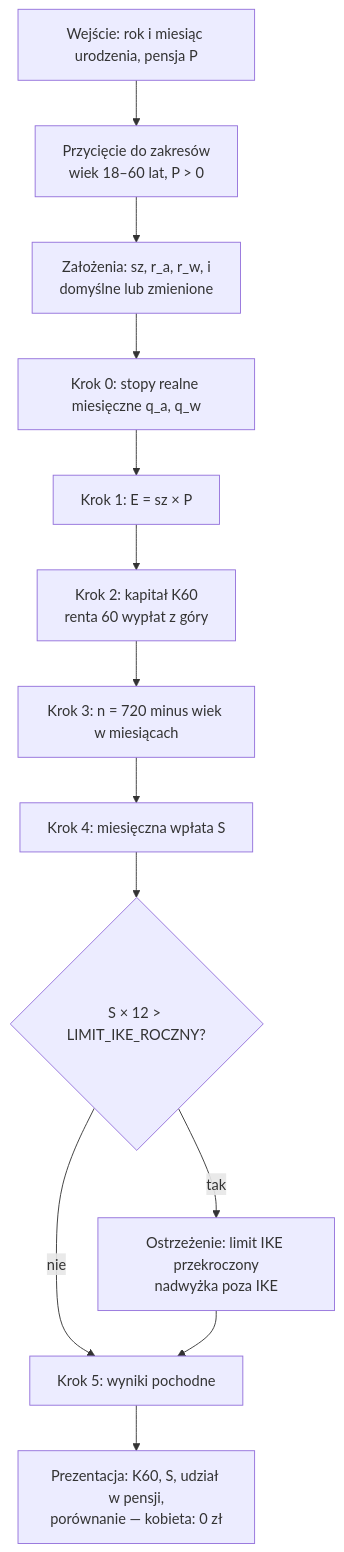
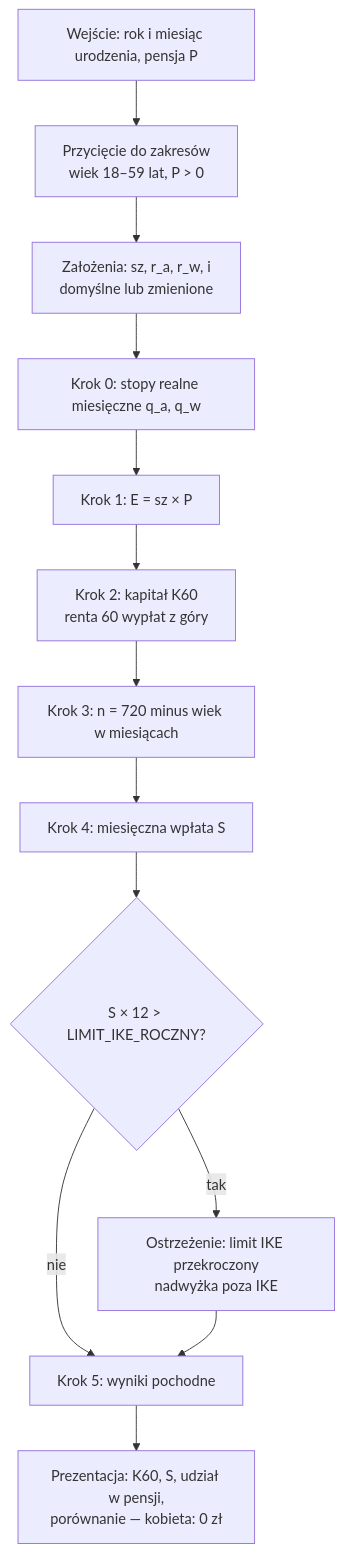
Before and after one commit to karol-gro/meska-emerytura: the diagram in docs/IKE-ALGORYTM.md, drawn with Mermaid. The commit also changed other lines of this file and 9 other files, not shown here.

````diff
--- a/docs/IKE-ALGORYTM.md
+++ b/docs/IKE-ALGORYTM.md
@@ -126,15 +125,15 @@
 ```mermaid
 flowchart TD
-    A[Wejście: rok i miesiąc urodzenia, pensja P] --> B[Przycięcie do zakresów<br/>wiek 18–60 lat, P > 0]
+    A[Wejście: rok i miesiąc urodzenia, pensja P] --> B[Przycięcie do zakresów<br/>wiek 18–59 lat, P > 0]
     B --> C[Założenia: sz, r_a, r_w, i<br/>domyślne lub zmienione]
     C --> D[Krok 0: stopy realne miesięczne q_a, q_w]
     D --> E[Krok 1: E = sz × P]
     E --> F[Krok 2: kapitał K60<br/>renta 60 wypłat z góry]
     F --> G[Krok 3: n = 720 minus wiek w miesiącach]
     G --> H[Krok 4: miesięczna wpłata S]
     H --> I{S × 12 > LIMIT_IKE_ROCZNY?}
     I -- tak --> I1[Ostrzeżenie: limit IKE przekroczony<br/>nadwyżka poza IKE]
     I -- nie --> J
     I1 --> J[Krok 5: wyniki pochodne]
     J --> K[Prezentacja: K60, S, udział w pensji,<br/>porównanie — kobieta: 0 zł]
 ```
````
